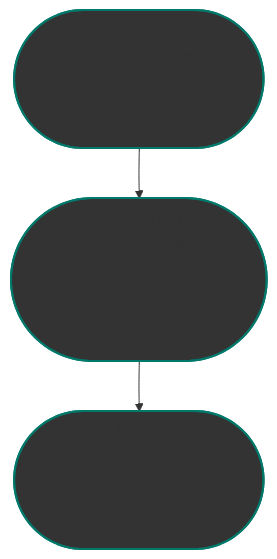
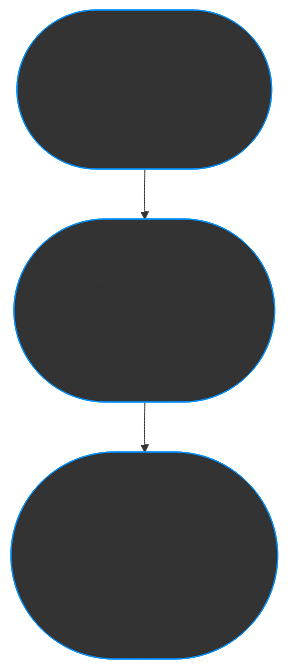
The first of 2 diagrams in paper/trust-modulation-core.md (ktjkc/reflextrust), drawn with Mermaid before and after one commit. The commit also changed other lines of this file and 1 other file, not shown here.

````diff
--- a/paper/trust-modulation-core.md
+++ b/paper/trust-modulation-core.md
@@ -84,9 +84,9 @@
 ```mermaid
 flowchart TB
-    A(["Meta-Layer<br><small>(Supervisory Trust Context)</small><br><tt>Trust Continuity, Trust Scoring, Session Metadata</tt>"]) 
-    --> B(["Evaluative Layer<br><small>(Interpretation Engine)</small><br><tt>Prompt Classification, Dynamics, Trust Flags</tt>"]) 
-    --> C(["Modulation Layer<br><small>(Execution Control)</small><br><tt>Ethical Modulation, Generative Depth, LLM Execution</tt>"])
+    A(["<b>Meta-Layer</b><br><small>(Supervisory Trust Context)</small><br><small><tt>Trust Continuity, Trust Scoring, Session Continuity Engine, Session Metadata</tt></small>"]) 
+    --> B(["<b>Evaluative Layer</b><br><small>(Interpretation Engine)</small><br><small><tt>Prompt Intention, Response Behaviour, Response Dynamics, Engagement Feedback, Trust Alignment</tt></small>"]) 
+    --> C(["<b>Modulation Layer</b><br><small>(Execution Control)</small><br><small><tt>Ethical Modulation, Generative Depth Control,Response Simulation, Self-Reflection Trigger, LLM Execution Unit</tt></small>"])
 
-    classDef node fill:#333333,stroke:#00796b,stroke-width:2px,rx:12,ry:12;
+    classDef node fill:#333333,stroke:#0090ff,stroke-width:1px,rx:12,ry:12;
     class A,B,C node;
 ```
````
